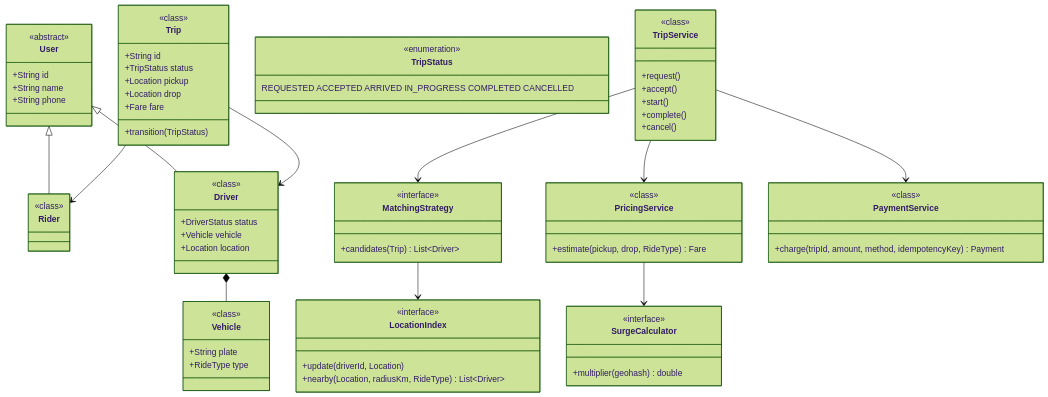
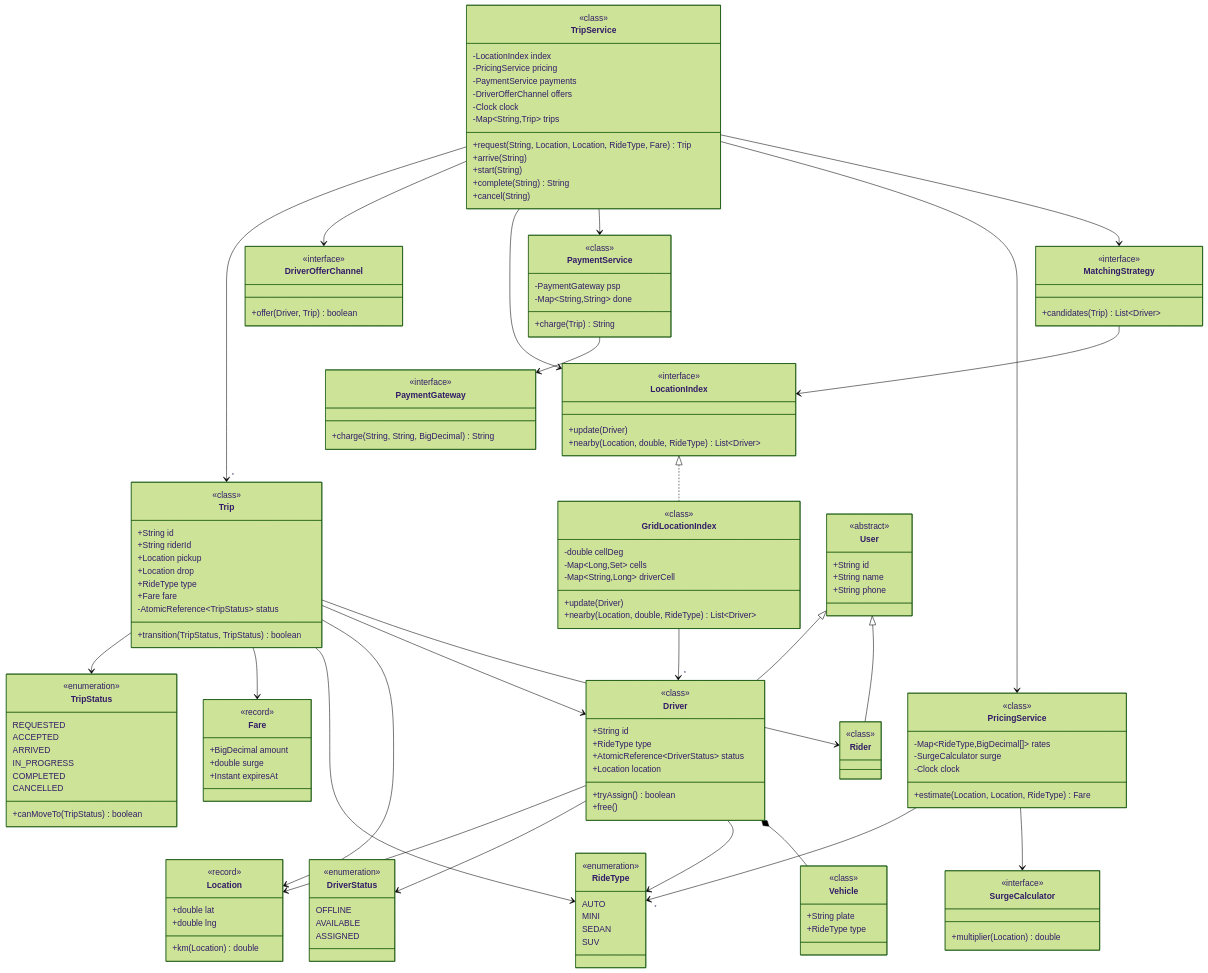
One commit to amarkum/amarkumar.guru changed the first of 3 diagrams in system-design/lld/18-uber.md. Above: the diagram before and after it, drawn with Mermaid (forest theme). The commit also changed 27 other files, not shown here.

Commit message:
Rebuild every UML class diagram from its Java code, add a notes progress tracker, and make diagrams readable with zoom and a legend.

````diff
--- a/system-design/lld/18-uber.md
+++ b/system-design/lld/18-uber.md
@@ -42,59 +42,129 @@
 ```mermaid
 classDiagram
+    class RideType {
+      <<enumeration>>
+      AUTO
+      MINI
+      SEDAN
+      SUV
+    }
+    class DriverStatus {
+      <<enumeration>>
+      OFFLINE
+      AVAILABLE
+      ASSIGNED
+    }
+    class TripStatus {
+      <<enumeration>>
+      REQUESTED
+      ACCEPTED
+      ARRIVED
+      IN_PROGRESS
+      COMPLETED
+      CANCELLED
+      +canMoveTo(TripStatus) boolean
+    }
+    class Location {
+      <<record>>
+      +double lat
+      +double lng
+      +km(Location) double
+    }
+    class Driver {
+      <<class>>
+      +String id
+      +RideType type
+      +AtomicReference~DriverStatus~ status
+      +Location location
+      +tryAssign() boolean
+      +free()
+    }
+    class Fare {
+      <<record>>
+      +BigDecimal amount
+      +double surge
+      +Instant expiresAt
+    }
+    class Trip {
+      <<class>>
+      +String id
+      +String riderId
+      +Location pickup
+      +Location drop
+      +RideType type
+      +Fare fare
+      -AtomicReference~TripStatus~ status
+      +transition(TripStatus, TripStatus) boolean
+    }
+    class LocationIndex {
+      <<interface>>
+      +update(Driver)
+      +nearby(Location, double, RideType) List~Driver~
+    }
+    class GridLocationIndex {
+      <<class>>
+      -double cellDeg
+      -Map~Long,Set~ cells
+      -Map~String,Long~ driverCell
+      +update(Driver)
+      +nearby(Location, double, RideType) List~Driver~
+    }
+    class SurgeCalculator {
+      <<interface>>
+      +multiplier(Location) double
+    }
+    class PricingService {
+      <<class>>
+      -Map~RideType,BigDecimal[]~ rates
+      -SurgeCalculator surge
+      -Clock clock
+      +estimate(Location, Location, RideType) Fare
+    }
+    class PaymentGateway {
+      <<interface>>
+      +charge(String, String, BigDecimal) String
+    }
+    class PaymentService {
+      <<class>>
+      -PaymentGateway psp
+      -Map~String,String~ done
+      +charge(Trip) String
+    }
+    class DriverOfferChannel {
+      <<interface>>
+      +offer(Driver, Trip) boolean
+    }
+    class TripService {
+      <<class>>
+      -LocationIndex index
+      -PricingService pricing
+      -PaymentService payments
+      -DriverOfferChannel offers
+      -Clock clock
+      -Map~String,Trip~ trips
+      +request(String, Location, Location, RideType, Fare) Trip
+      +arrive(String)
+      +start(String)
+      +complete(String) String
+      +cancel(String)
+    }
+    class MatchingStrategy {
+      <<interface>>
+      +candidates(Trip) List~Driver~
+    }
+    class Rider {
+      <<class>>
+    }
     class User {
       <<abstract>>
       +String id
       +String name
       +String phone
     }
-    class Rider {
+    class Vehicle {
       <<class>>
-    }
-    class Driver {
-      +DriverStatus status
-      +Vehicle vehicle
-      +Location location
-    }
-    class Vehicle {
       +String plate
       +RideType type
-    }
-    class Trip {
-      +String id
-      +TripStatus status
-      +Location pickup
-      +Location drop
-      +Fare fare
-      +transition(TripStatus)
-    }
-    class TripStatus {
-      <<enumeration>>
-      REQUESTED ACCEPTED ARRIVED IN_PROGRESS COMPLETED CANCELLED
-    }
-    class LocationIndex {
-      <<interface>>
-      +update(driverId, Location)
-      +nearby(Location, radiusKm, RideType) List~Driver~
-    }
-    class MatchingStrategy {
-      <<interface>>
-      +candidates(Trip) List~Driver~
-    }
-    class PricingService {
-      +estimate(pickup, drop, RideType) Fare
-    }
-    class SurgeCalculator {
-      +multiplier(geohash) double
-    }
-    class PaymentService {
-      +charge(tripId, amount, method, idempotencyKey) Payment
-    }
-    class TripService {
-      +request()
-      +accept()
-      +start()
-      +complete()
-      +cancel()
     }
     User <|-- Rider
     User <|-- Driver
@@ -106,34 +176,18 @@
     TripService --> PaymentService
     MatchingStrategy --> LocationIndex
     PricingService --> SurgeCalculator
-    class Trip {
-      <<class>>
-    }
-    class TripService {
-      <<class>>
-    }
-    class PaymentService {
-      <<class>>
-    }
-    class PricingService {
-      <<class>>
-    }
-    class MatchingStrategy {
-      <<class>>
-    }
-    class LocationIndex {
-      <<interface>>
-    }
-    class Driver {
-      <<class>>
-    }
-    class Vehicle {
-      <<class>>
-    }
-    class User {
-      <<class>>
-    }
-    class SurgeCalculator {
-      <<interface>>
-    }
+    LocationIndex <|.. GridLocationIndex
+    Driver --> RideType
+    Driver --> DriverStatus
+    Driver --> Location
+    Trip --> Location
+    Trip --> RideType
+    Trip --> Fare
+    Trip --> TripStatus
+    GridLocationIndex --> "*" Driver
+    PricingService --> "*" RideType
+    PaymentService --> PaymentGateway
+    TripService --> LocationIndex
+    TripService --> DriverOfferChannel
+    TripService --> "*" Trip
 ```
````
